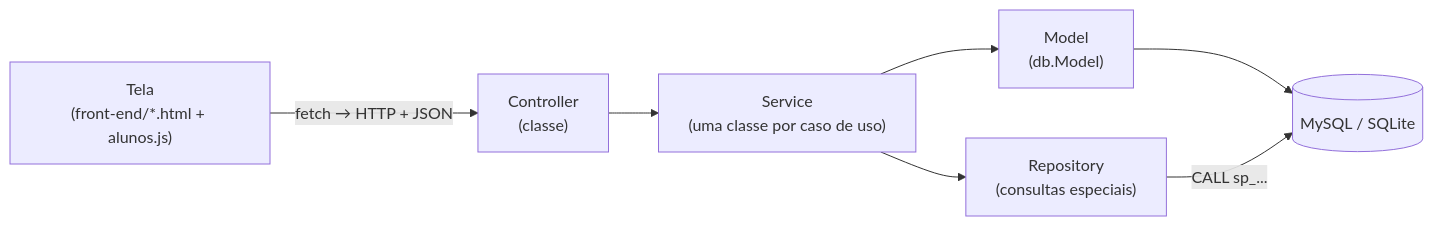
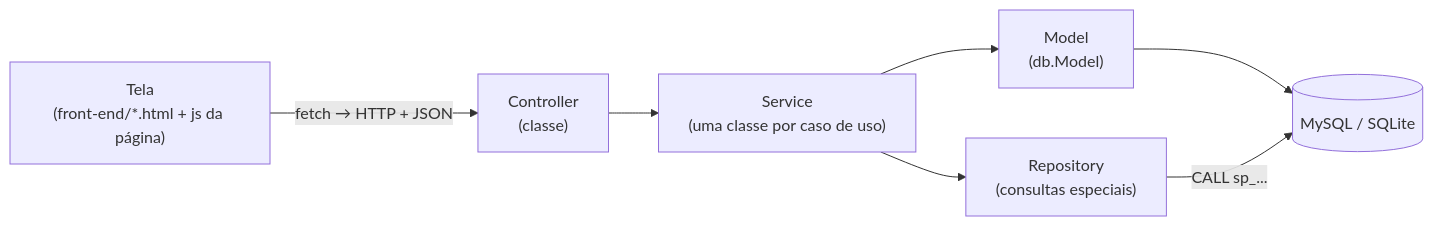
One commit to davimoraes678/Projeto-Cantina changed the diagram in README.md. Above: the diagram before and after it, drawn with Mermaid. The commit also changed other lines of this file and 19 other files, not shown here.

First line of the commit message:
Divide o JavaScript em um arquivo por página e simplifica o front-end

````diff
--- a/README.md
+++ b/README.md
@@ -82,9 +82,9 @@
 ```mermaid
 flowchart LR
-    T["Tela<br/>(front-end/*.html + alunos.js)"] -->|"fetch → HTTP + JSON"| C["Controller<br/>(classe)"]
+    T["Tela<br/>(front-end/*.html + js da página)"] -->|"fetch → HTTP + JSON"| C["Controller<br/>(classe)"]
     C --> S["Service<br/>(uma classe por caso de uso)"]
     S --> M["Model<br/>(db.Model)"]
     S --> R["Repository<br/>(consultas especiais)"]
     M --> DB[("MySQL / SQLite")]
     R -->|"CALL sp_..."| DB
 ```
````
